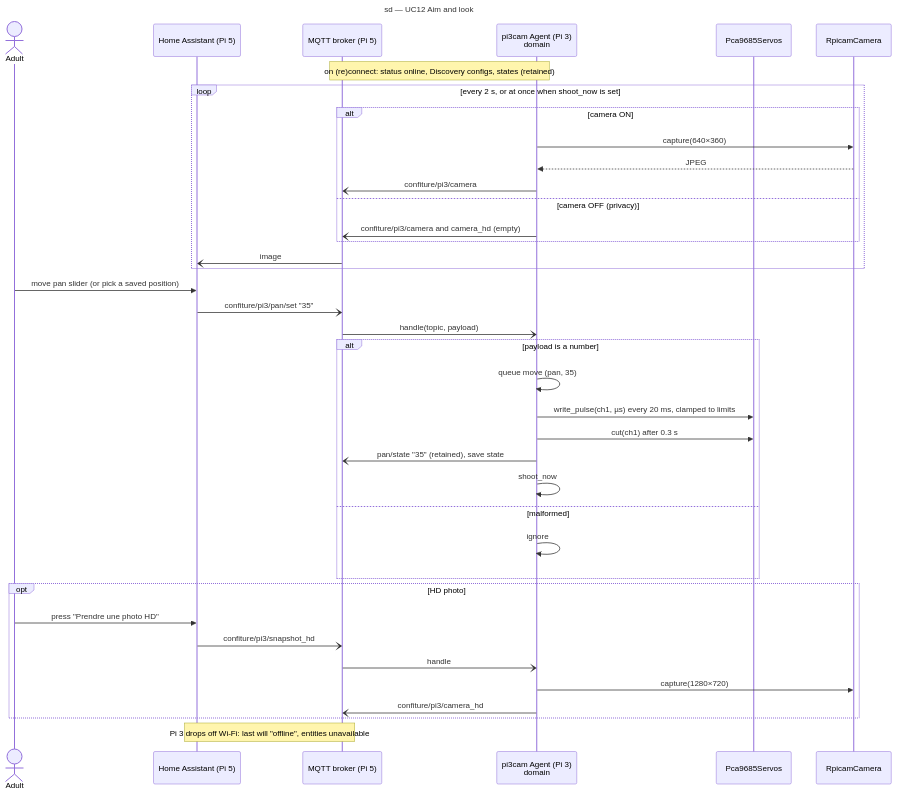
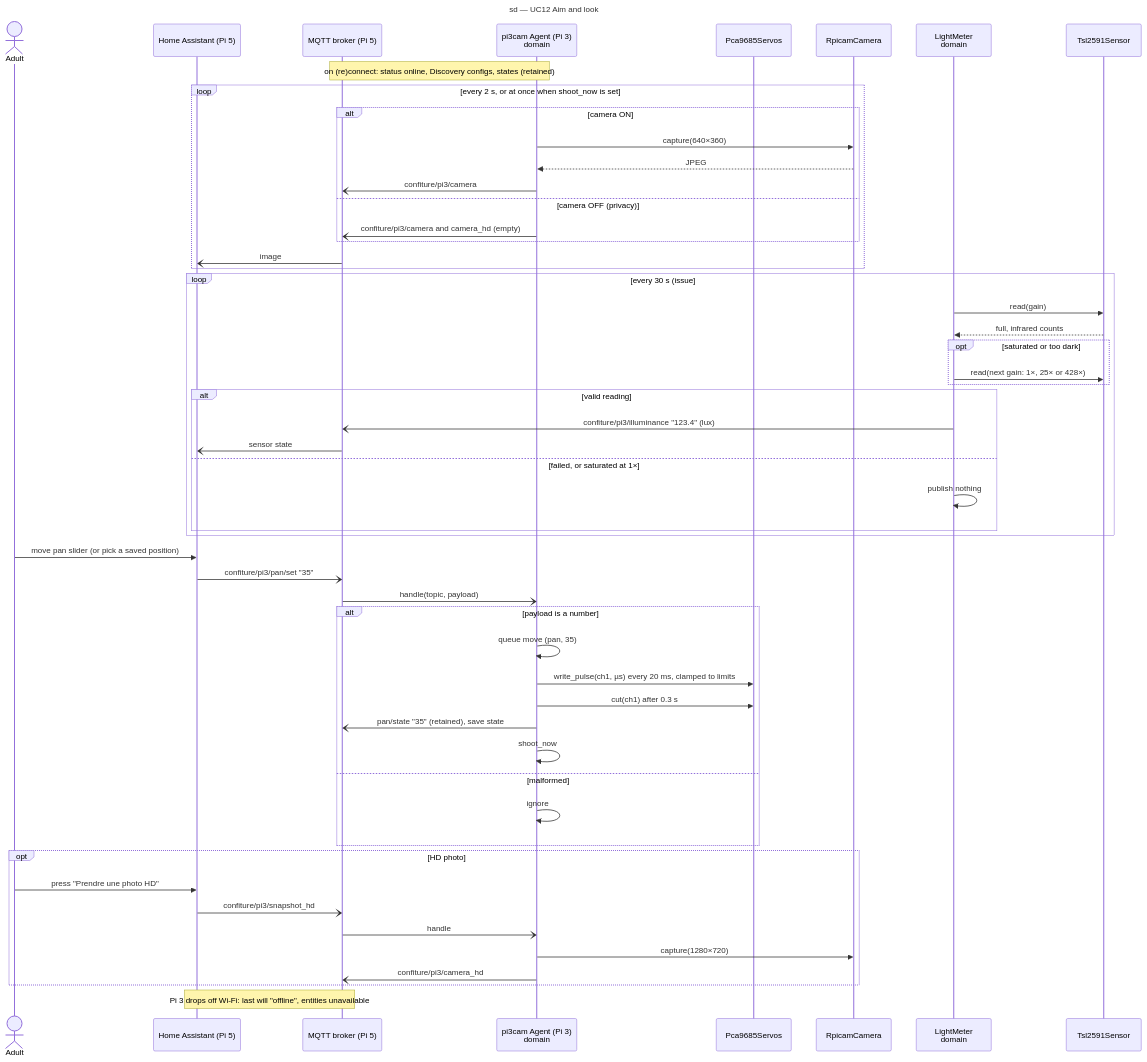
The diagram in docs/architecture/diagrams/pan-tilt-camera/01-sequence-aim-and-look.md (benoit-bremaud/confiture), drawn with Mermaid before and after one commit. The commit also changed other lines of this file and 9 other files, not shown here.

First line of the commit message:
feat(pan-tilt): expose the TSL25911 illuminance sensor (#10)

````diff
--- a/docs/architecture/diagrams/pan-tilt-camera/01-sequence-aim-and-look.md
+++ b/docs/architecture/diagrams/pan-tilt-camera/01-sequence-aim-and-look.md
@@ -16,44 +16,59 @@
 ```mermaid
 ---
 title: sd — UC12 Aim and look
 ---
 sequenceDiagram
   actor Adult
   participant HA as Home Assistant (Pi 5)
   participant MQ as MQTT broker (Pi 5)
   participant AG as pi3cam Agent (Pi 3)<br/>domain
   participant SV as Pca9685Servos
   participant CAM as RpicamCamera
+  participant LM as LightMeter<br/>domain
+  participant LS as Tsl2591Sensor
 
   Note over AG,MQ: on (re)connect: status online, Discovery configs, states (retained)
   loop every 2 s, or at once when shoot_now is set
     alt camera ON
       AG->>CAM: capture(640×360)
       CAM-->>AG: JPEG
       AG-)MQ: confiture/pi3/camera
     else camera OFF (privacy)
       AG-)MQ: confiture/pi3/camera and camera_hd (empty)
     end
     MQ-)HA: image
+  end
+  loop every 30 s (issue #8)
+    LM->>LS: read(gain)
+    LS-->>LM: full, infrared counts
+    opt saturated or too dark
+      LM->>LS: read(next gain: 1×, 25× or 428×)
+    end
+    alt valid reading
+      LM-)MQ: confiture/pi3/illuminance "123.4" (lux)
+      MQ-)HA: sensor state
+    else failed, or saturated at 1×
+      LM->>LM: publish nothing
+    end
   end
   Adult->>HA: move pan slider (or pick a saved position)
   HA-)MQ: confiture/pi3/pan/set "35"
   MQ-)AG: handle(topic, payload)
   alt payload is a number
     AG->>AG: queue move (pan, 35)
     AG->>SV: write_pulse(ch1, µs) every 20 ms, clamped to limits
     AG->>SV: cut(ch1) after 0.3 s
     AG-)MQ: pan/state "35" (retained), save state
     AG->>AG: shoot_now
   else malformed
     AG->>AG: ignore
   end
   opt HD photo
     Adult->>HA: press "Prendre une photo HD"
     HA-)MQ: confiture/pi3/snapshot_hd
     MQ-)AG: handle
     AG->>CAM: capture(1280×720)
     AG-)MQ: confiture/pi3/camera_hd
   end
   Note over MQ,HA: Pi 3 drops off Wi-Fi: last will "offline", entities unavailable
 ```
````
